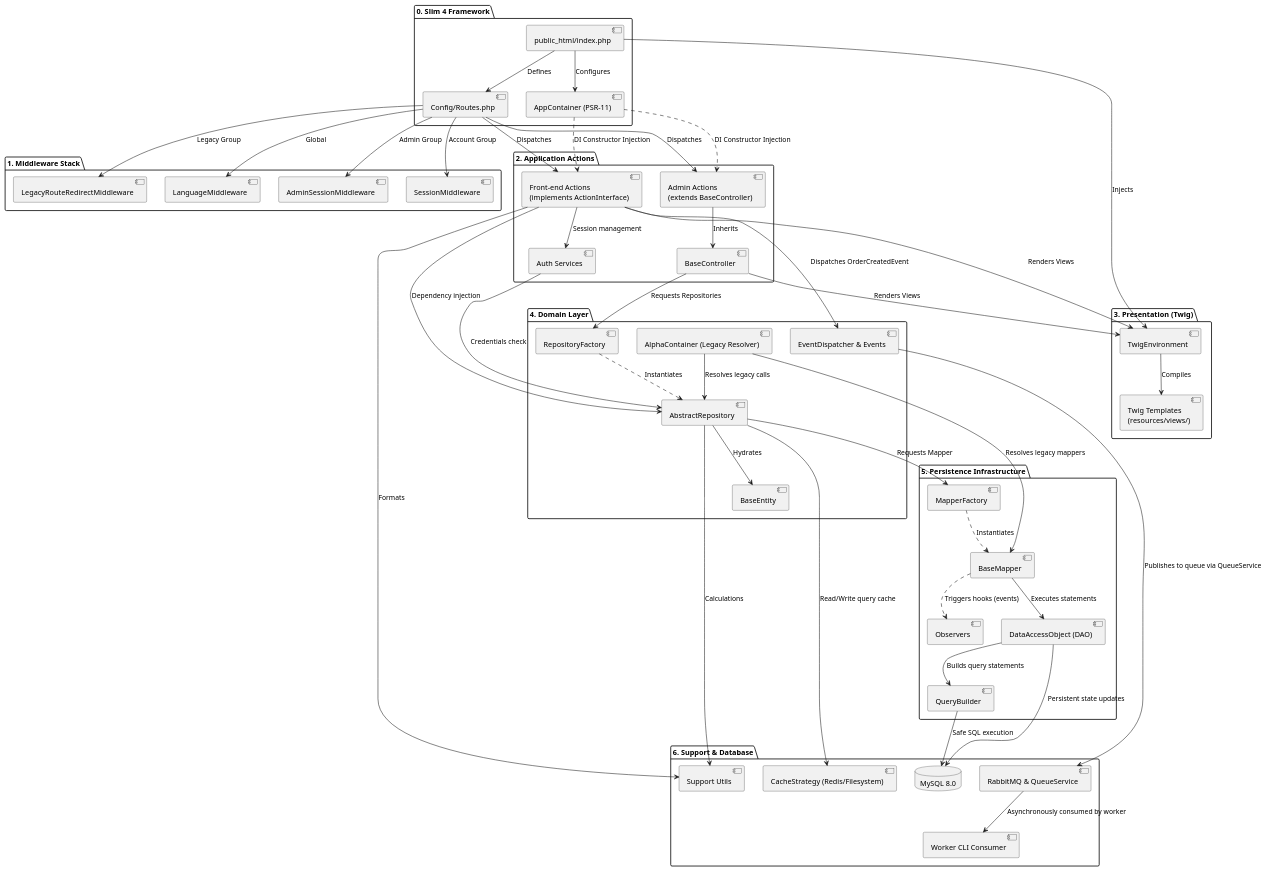
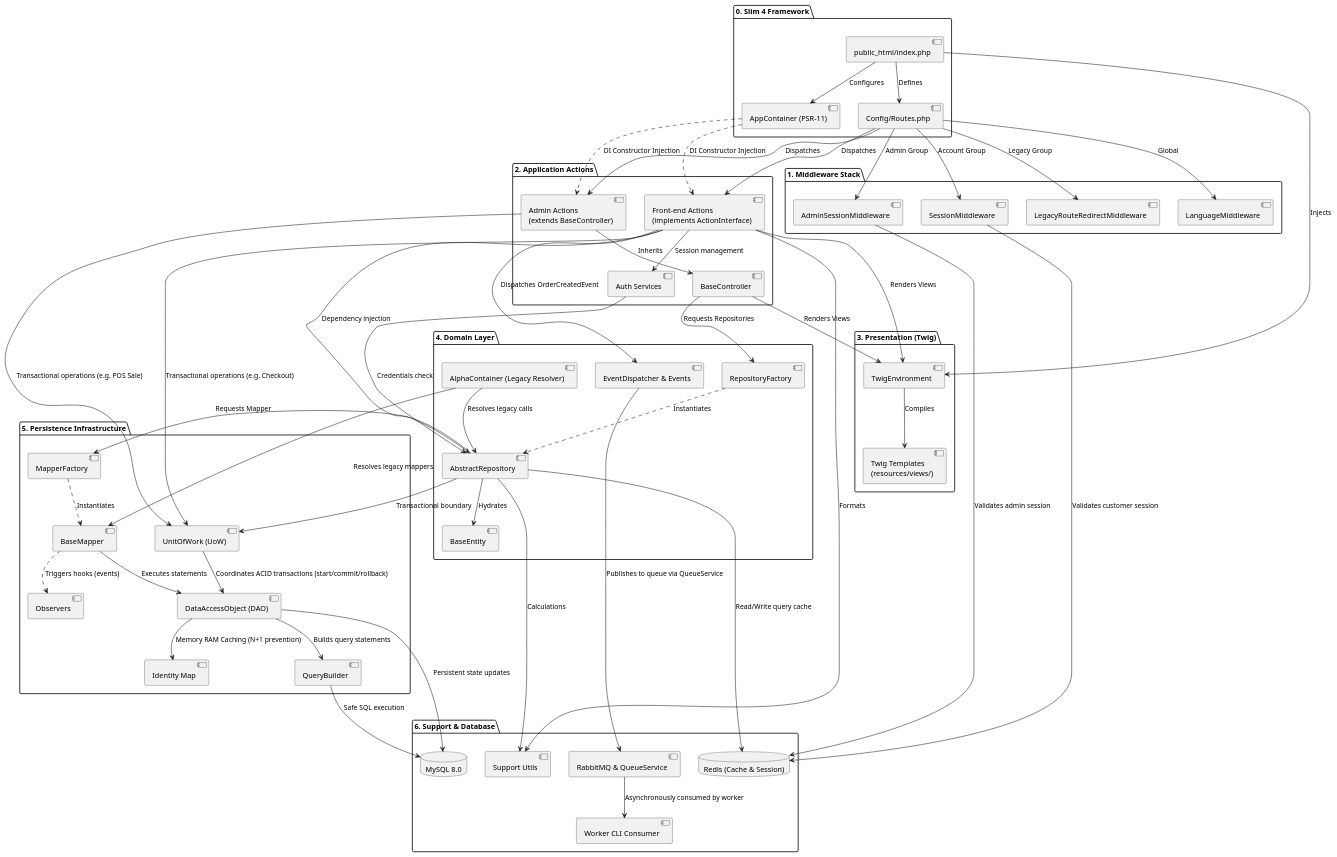
The diagram in docs/architecture/architectureDiagram.puml (Wattrelos/Alpha_Engine), drawn with PlantUML before and after one commit. The commit also changed 65 other files, not shown here.

```diff
--- a/docs/architecture/architectureDiagram.puml
+++ b/docs/architecture/architectureDiagram.puml
@@ -1,113 +1,124 @@
 @startuml "Alpha Engine - AI Optimized Architecture Diagram"
 
 ' --- ENTRYPOINT & FRAMEWORK ---
 package "0. Slim 4 Framework" as Slim {
   [public_html/index.php] as Entrypoint
   [Config/Routes.php] as Routes
   [AppContainer (PSR-11)] as Container
 }
 
 ' --- MIDDLEWARE STACK ---
 package "1. Middleware Stack" as Middlewares {
   [LanguageMiddleware] as LangMW
   [AdminSessionMiddleware] as AdminMW
   [SessionMiddleware] as SessionMW
   [LegacyRouteRedirectMiddleware] as LegacyMW
 }
 
 ' --- ACTIONS (CONTROLLERS) ---
 package "2. Application Actions" as Actions {
   [Front-end Actions\n(implements ActionInterface)] as FrontAction
   [Admin Actions\n(extends BaseController)] as AdminAction
   [BaseController] as BaseCtrl
   [Auth Services] as AuthServices
 }
 
 ' --- PRESENTATION LAYER ---
 package "3. Presentation (Twig)" as TwigLayer {
   [TwigEnvironment] as Twig
   [Twig Templates\n(resources/views/)] as Views
 }
 
 ' --- DOMAIN LAYER (DDD) ---
 package "4. Domain Layer" as Domain {
   [RepositoryFactory] as RepoFactory
   [AbstractRepository] as Repos
   [BaseEntity] as Entities
   [AlphaContainer (Legacy Resolver)] as AlphaContainer
   [EventDispatcher & Events] as Events
 }
 
 ' --- PERSISTENCE LAYER ---
 package "5. Persistence Infrastructure" as Persistence {
   [MapperFactory] as MapperFactory
   [BaseMapper] as Mappers
   [Observers] as Observers
   [DataAccessObject (DAO)] as DAO
   [QueryBuilder] as QB
+  [UnitOfWork (UoW)] as UoW
+  [Identity Map] as IdentityMap
 }
 
 ' --- INFRASTRUCTURE & SUPPORT ---
 package "6. Support & Database" as SupportLayer {
   database "MySQL 8.0" as MySQL
-  [CacheStrategy (Redis/Filesystem)] as Cache
+  database "Redis (Cache & Session)" as Redis
   [Support Utils] as Support
   [RabbitMQ & QueueService] as Queue
   [Worker CLI Consumer] as Worker
 }
 
 ' --- RELATIONSHIPS (FLOW OF COUPLING) ---
 
 ' Bootstrapping
 Entrypoint --> Routes : Defines
 Entrypoint --> Container : Configures
 Entrypoint --> Twig : Injects
 
 ' Routing to Actions
 Routes --> LangMW : Global
 Routes --> AdminMW : Admin Group
 Routes --> SessionMW : Account Group
 Routes --> LegacyMW : Legacy Group
 Routes --> FrontAction : Dispatches
 Routes --> AdminAction : Dispatches
 
+' Session / Middleware Persistence
+AdminMW --> Redis : Validates admin session
+SessionMW --> Redis : Validates customer session
+
 ' Action Resolution & Execution
 Container ..> FrontAction : DI Constructor Injection
 Container ..> AdminAction : DI Constructor Injection
 AdminAction --> BaseCtrl : Inherits
 BaseCtrl --> RepoFactory : Requests Repositories
 BaseCtrl --> Twig : Renders Views
 FrontAction --> Twig : Renders Views
 FrontAction --> Repos : Dependency injection
 FrontAction --> AuthServices : Session management
 AuthServices --> Repos : Credentials check
+FrontAction --> UoW : Transactional operations (e.g. Checkout)
+AdminAction --> UoW : Transactional operations (e.g. POS Sale)
 
 ' View Layer
 Twig --> Views : Compiles
 
 ' Domain Layer
 RepoFactory ..> Repos : Instantiates
 Repos --> Entities : Hydrates
 Repos --> MapperFactory : Requests Mapper
-Repos --> Cache : Read/Write query cache
+Repos --> Redis : Read/Write query cache
+Repos --> UoW : Transactional boundary
 AlphaContainer --> Repos : Resolves legacy calls
 AlphaContainer --> Mappers : Resolves legacy mappers
 
 ' Persistence Layer
 MapperFactory ..> Mappers : Instantiates
 Mappers ..> Observers : Triggers hooks (events)
 Mappers --> DAO : Executes statements
 DAO --> QB : Builds query statements
+DAO --> IdentityMap : Memory RAM Caching (N+1 prevention)
 DAO --> MySQL : Persistent state updates
 QB --> MySQL : Safe SQL execution
+UoW --> DAO : Coordinates ACID transactions (start/commit/rollback)
 
 ' Support cross-cutting concerns
 Repos --> Support : Calculations
 FrontAction --> Support : Formats
 
 ' Asynchronous Events & Messaging Stack
 FrontAction --> Events : Dispatches OrderCreatedEvent
 Events --> Queue : Publishes to queue via QueueService
 Queue --> Worker : Asynchronously consumed by worker
 
 @enduml
```
